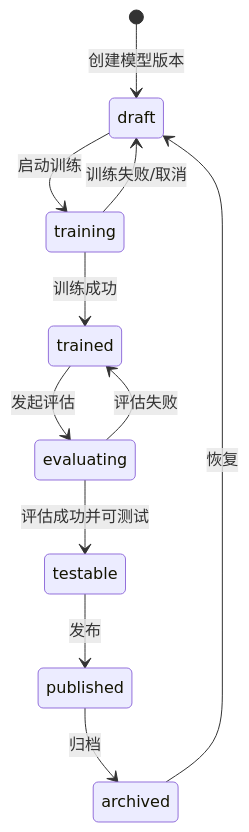
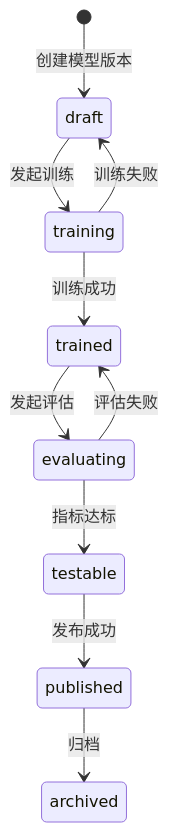
The diagram in specs/master/dd/dd-intent-library.md (WangShaoyu1/spec_kit_superpower), drawn with Mermaid before and after one commit. The commit also changed other lines of this file and 88 other files, not shown here.

````diff
--- a/specs/master/dd/dd-intent-library.md
+++ b/specs/master/dd/dd-intent-library.md
@@ -79,13 +98,12 @@
 ```mermaid
 stateDiagram-v2
     [*] --> draft: 创建模型版本
-    draft --> training: 启动训练
+    draft --> training: 发起训练
     training --> trained: 训练成功
-    training --> draft: 训练失败/取消
+    training --> draft: 训练失败
     trained --> evaluating: 发起评估
     evaluating --> trained: 评估失败
-    evaluating --> testable: 评估成功并可测试
-    testable --> published: 发布
+    evaluating --> testable: 指标达标
+    testable --> published: 发布成功
     published --> archived: 归档
-    archived --> draft: 恢复
 ```
````
